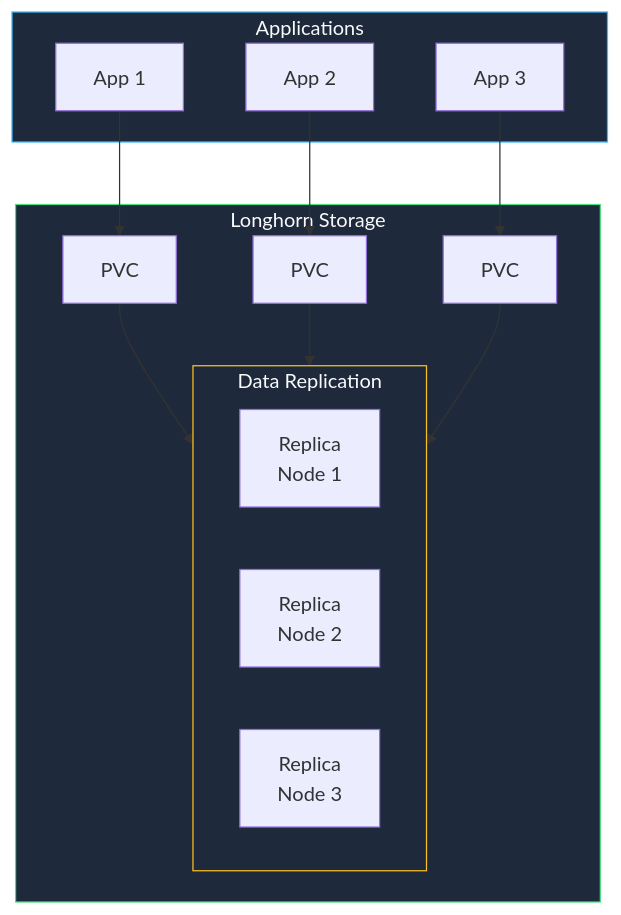
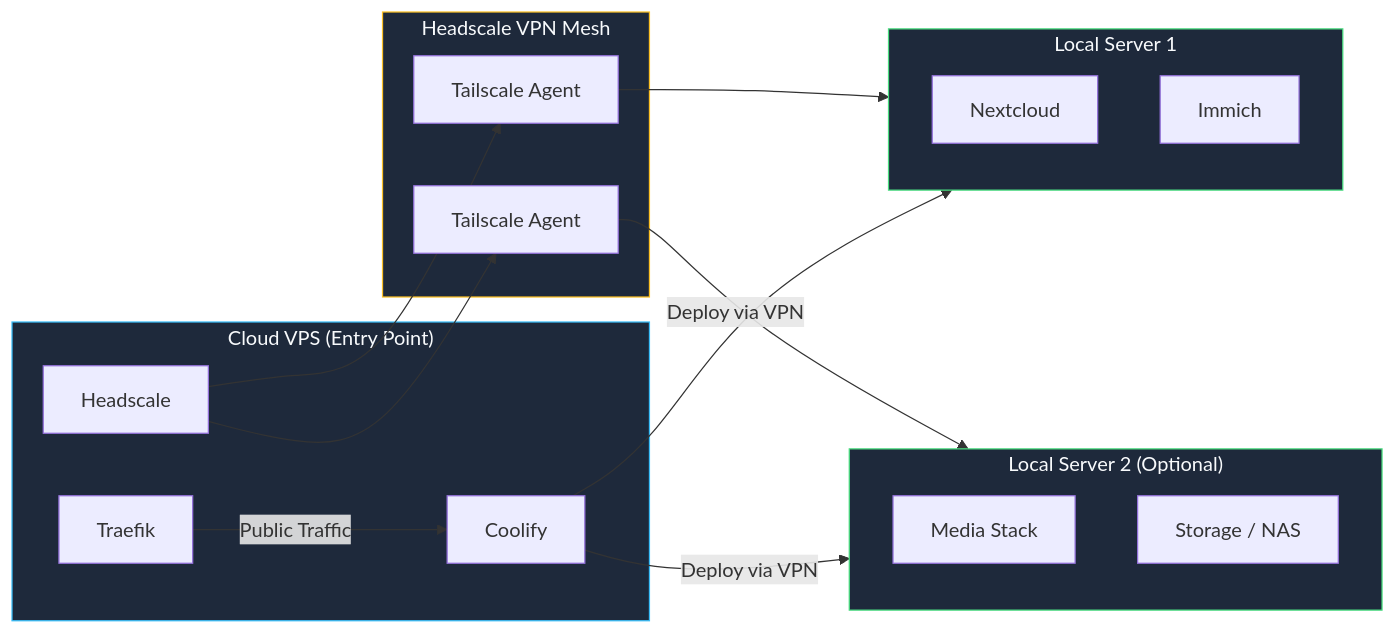
One commit to KombiverseLabs/docs changed the second of 3 diagrams in stackkits/kits/modern-homelab.mdx. Above: the diagram before and after it, drawn with Mermaid. The commit also changed other lines of this file and 35 other files, not shown here.

````diff
--- a/stackkits/kits/modern-homelab.mdx
+++ b/stackkits/kits/modern-homelab.mdx
@@ -122,32 +101,36 @@
 ```mermaid
-graph TB
-    subgraph Apps["Applications"]
-        App1["App 1"]
-        App2["App 2"]
-        App3["App 3"]
+graph LR
+    subgraph Cloud["Cloud VPS (Entry Point)"]
+        T["Traefik"]
+        C["Coolify"]
+        HS["Headscale"]
     end
-    
-    subgraph Storage["Longhorn Storage"]
-        PVC1["PVC"]
-        PVC2["PVC"]
-        PVC3["PVC"]
-        
-        subgraph Replicas["Data Replication"]
-            R1["Replica<br/>Node 1"]
-            R2["Replica<br/>Node 2"]
-            R3["Replica<br/>Node 3"]
-        end
+
+    subgraph VPN["Headscale VPN Mesh"]
+        TS1["Tailscale Agent"]
+        TS2["Tailscale Agent"]
     end
-    
-    App1 --> PVC1
-    App2 --> PVC2
-    App3 --> PVC3
-    
-    PVC1 --> Replicas
-    PVC2 --> Replicas
-    PVC3 --> Replicas
-    
-    style Apps fill:#1e293b,stroke:#38bdf8,color:#f8fafc
-    style Storage fill:#1e293b,stroke:#4ade80,color:#f8fafc
-    style Replicas fill:#1e293b,stroke:#fbbf24,color:#f8fafc
+
+    subgraph Local1["Local Server 1"]
+        App1["Nextcloud"]
+        App2["Immich"]
+    end
+
+    subgraph Local2["Local Server 2 (Optional)"]
+        App3["Media Stack"]
+        NAS["Storage / NAS"]
+    end
+
+    T -->|Public Traffic| C
+    HS --> TS1
+    HS --> TS2
+    TS1 --> Local1
+    TS2 --> Local2
+    C -->|Deploy via VPN| Local1
+    C -->|Deploy via VPN| Local2
+
+    style Cloud fill:#1e293b,stroke:#38bdf8,color:#f8fafc
+    style VPN fill:#1e293b,stroke:#fbbf24,color:#f8fafc
+    style Local1 fill:#1e293b,stroke:#4ade80,color:#f8fafc
+    style Local2 fill:#1e293b,stroke:#4ade80,color:#f8fafc
 ```
````
